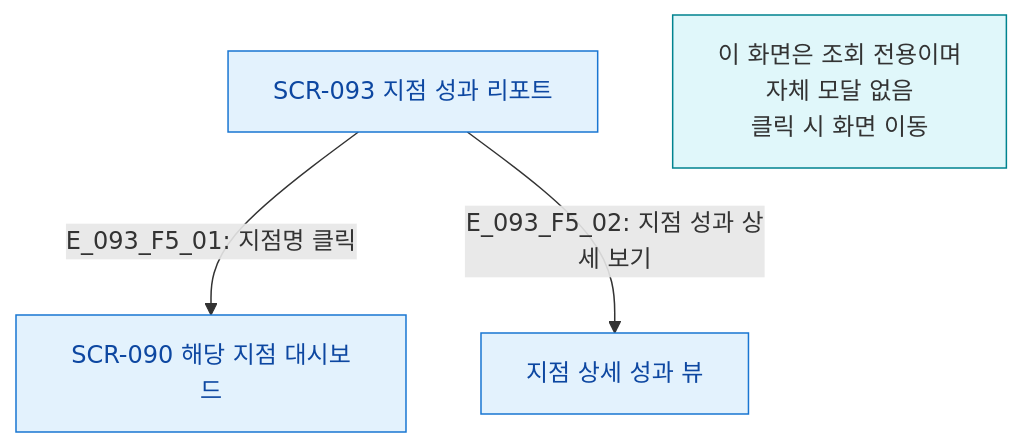
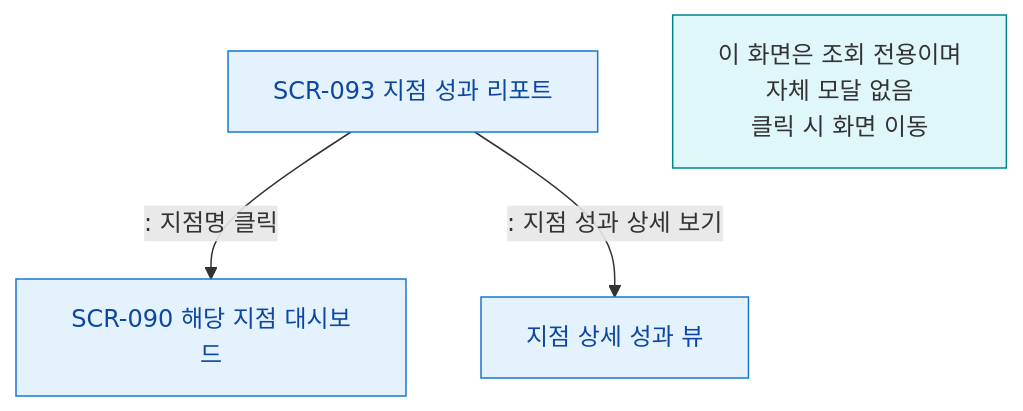
Before and after one commit to dev-spogym/admin-pando: the diagram in docs/다이어그램/D10_본사관리/SCR-093_지점성과리포트/F5_모달트리거.md, drawn with Mermaid. The commit also changed other lines of this file and 1660 other files, not shown here.

First line of the commit message:
다이어그램: 기획자/클라이언트 납품본으로 정리

````diff
--- a/docs/다이어그램/D10_본사관리/SCR-093_지점성과리포트/F5_모달트리거.md
+++ b/docs/다이어그램/D10_본사관리/SCR-093_지점성과리포트/F5_모달트리거.md
@@ -14,14 +12,14 @@
 ```mermaid
 flowchart TD
   SCR_093[SCR-093 지점 성과 리포트]
   Note[이 화면은 조회 전용이며\n자체 모달 없음\n클릭 시 화면 이동]
 
-  SCR_093 -->|"E_093_F5_01: 지점명 클릭"| SCR_090[SCR-090 해당 지점 대시보드]
-  SCR_093 -->|"E_093_F5_02: 지점 성과 상세 보기"| SCR_093_Detail[지점 상세 성과 뷰]
+  SCR_093 -->|": 지점명 클릭"|SCR_090[SCR-090 해당 지점 대시보드]
+  SCR_093 -->|": 지점 성과 상세 보기"|SCR_093_Detail[지점 상세 성과 뷰]
 
   classDef screen fill:#E3F2FD,stroke:#1976D2,color:#0D47A1
   classDef info fill:#E0F7FA,stroke:#00838F
 
   class SCR_093,SCR_090,SCR_093_Detail screen
   class Note info
 ```
````
